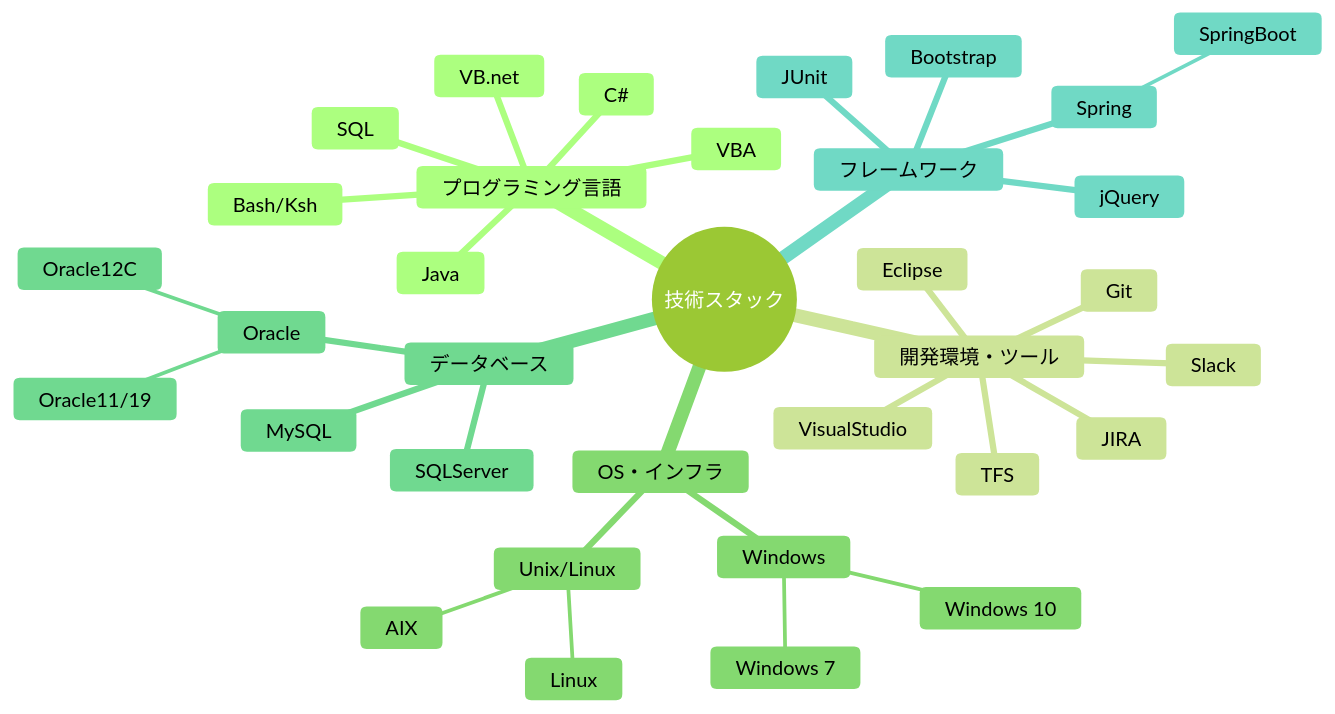
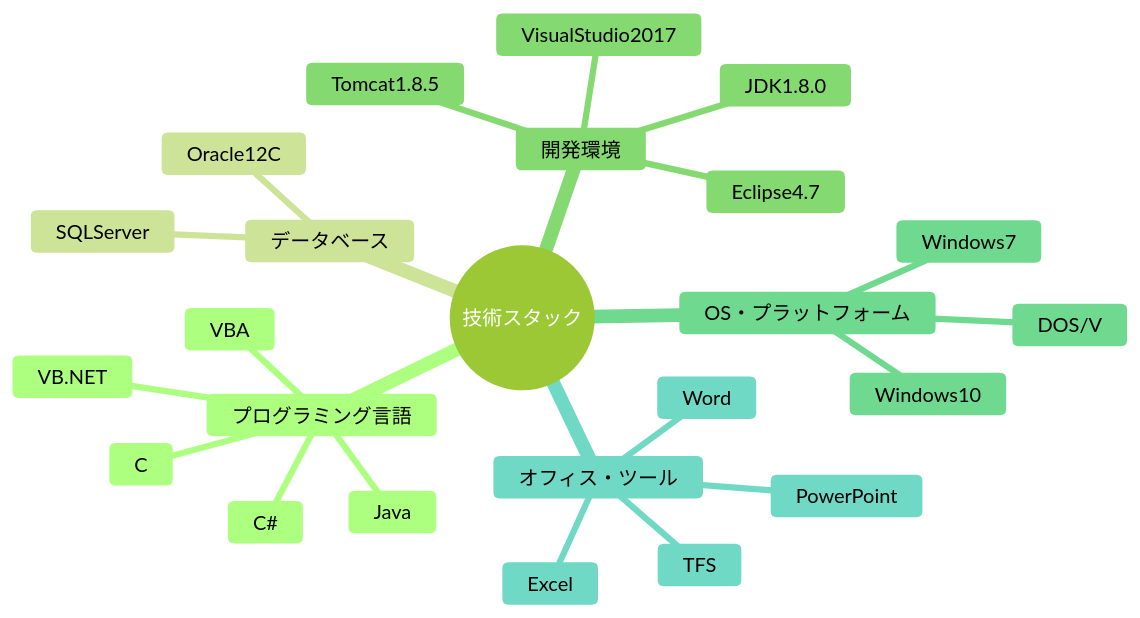
Before and after one commit to MasatakaNakamura/xlsx-data-analyzer: the second of 2 diagrams in docs/excel_structure_analysis.md, drawn with Mermaid (forest theme). The commit also changed other lines of this file and 32 other files, not shown here.

````diff
--- a/docs/excel_structure_analysis.md
+++ b/docs/excel_structure_analysis.md
@@ -188,37 +110,27 @@
 ```mermaid
 mindmap
   root((技術スタック))
     プログラミング言語
+      C#
+      VB.NET
       Java
-      C#
-      VB.net
       VBA
-      SQL
-      Bash/Ksh
-    開発環境・ツール
-      Eclipse
-      VisualStudio
-      Git
-      JIRA
-      Slack
+      C
+    データベース
+      Oracle12C
+      SQLServer
+    開発環境
+      Eclipse4.7
+      VisualStudio2017
+      Tomcat1.8.5
+      JDK1.8.0
+    OS・プラットフォーム
+      Windows7
+      Windows10
+      DOS/V
+    オフィス・ツール
+      Excel
+      Word
+      PowerPoint
       TFS
-    OS・インフラ
-      Windows
-        Windows 7
-        Windows 10
-      Unix/Linux
-        AIX
-        Linux
-    データベース
-      Oracle
-        Oracle12C
-        Oracle11/19
-      SQLServer
-      MySQL
-    フレームワーク
-      Spring
-        SpringBoot
-      JUnit
-      Bootstrap
-      jQuery
 ```
````
